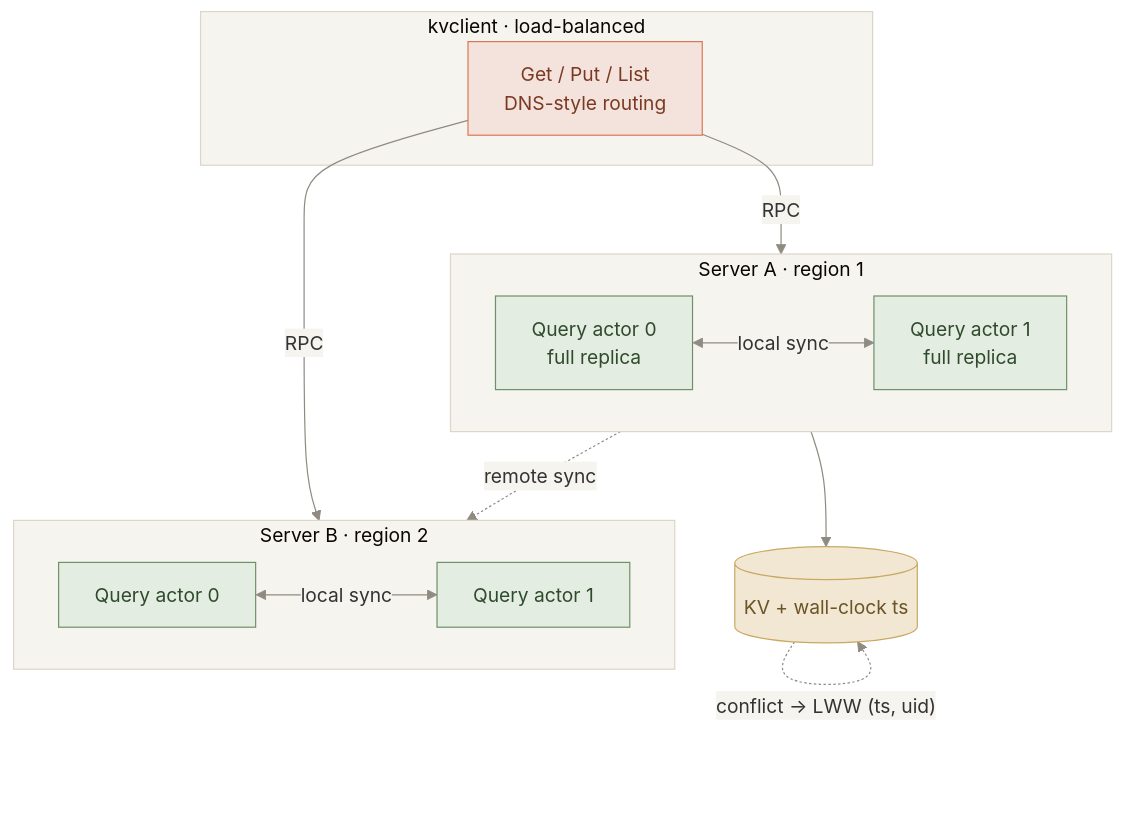
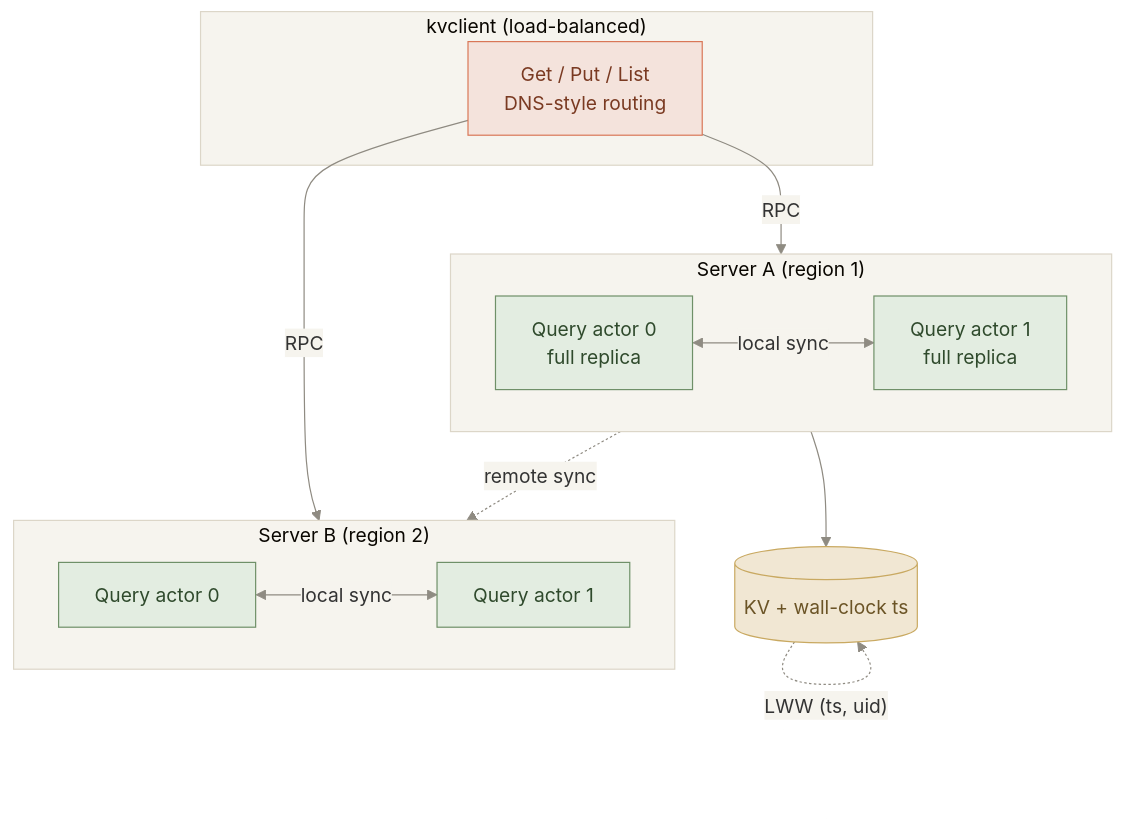
The fifth of 6 diagrams in README.md (ErwinZhou/CMU-15640-25Fall), drawn with Mermaid before and after one commit. The commit also changed other lines of this file, not shown here.

First line of the commit message:
Refine architecture diagrams: fix label clipping and layouts

````diff
--- a/README.md
+++ b/README.md
@@ -206,30 +202,32 @@
 ```mermaid
-%%{init: {"theme":"base","themeVariables":{"clusterBkg":"#f6f4ee","clusterBorder":"#dcd6c8","lineColor":"#8f8b82","edgeLabelBackground":"#f6f4ee","fontFamily":"ui-sans-serif, system-ui, sans-serif"}}}%%
+%%{init: {"theme":"base","themeVariables":{"clusterBkg":"#f6f4ee","clusterBorder":"#dcd6c8","lineColor":"#8f8b82","edgeLabelBackground":"#f6f4ee"}}}%%
 flowchart TB
-    subgraph CLNT["kvclient · load-balanced"]
+    subgraph CLNT["kvclient (load-balanced)"]
         C["Get / Put / List<br/>DNS-style routing"]
     end
-    subgraph SA["Server A · region 1"]
+    subgraph SA["Server A (region 1)"]
         direction LR
         A0["Query actor 0<br/>full replica"]
         A1["Query actor 1<br/>full replica"]
         A0 <-->|"local sync"| A1
     end
-    subgraph SB["Server B · region 2"]
+    subgraph SB["Server B (region 2)"]
         direction LR
         B0["Query actor 0"]
         B1["Query actor 1"]
         B0 <-->|"local sync"| B1
     end
-    C -->|RPC| A0
-    C -->|RPC| B0
+    C -->|"RPC"| A0
+    C -->|"RPC"| B0
     A0 -. "remote sync" .-> B0
     A0 --> KV[("KV + wall-clock ts")]
-    KV -.->|"conflict → LWW (ts, uid)"| KV
+    KV -.->|"LWW (ts, uid)"| KV
     class C client
     class A0,A1,B0,B1 data
     class KV store
     classDef client fill:#f4e3dc,stroke:#d97757,color:#7a3a22;
+    classDef control fill:#dde5ee,stroke:#5b7290,color:#2b3a4d;
     classDef data fill:#e3ede1,stroke:#6f9068,color:#2f4a2c;
     classDef store fill:#f1e7d3,stroke:#c9a961,color:#6b5426;
+    classDef ink fill:#ededec,stroke:#57534e,color:#292524;
 ```
````
